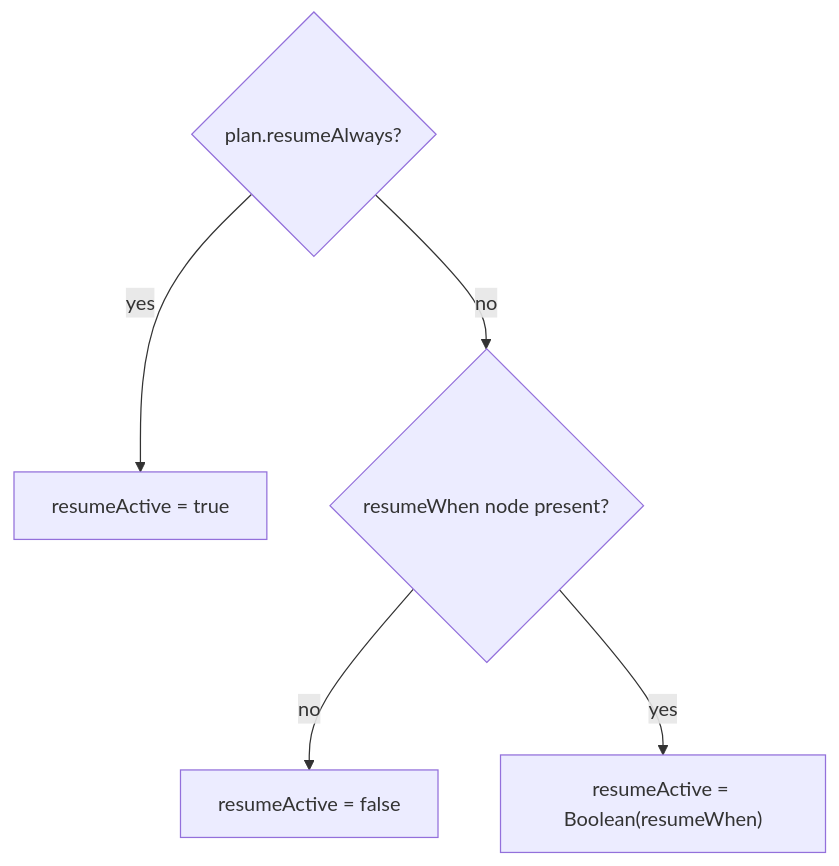
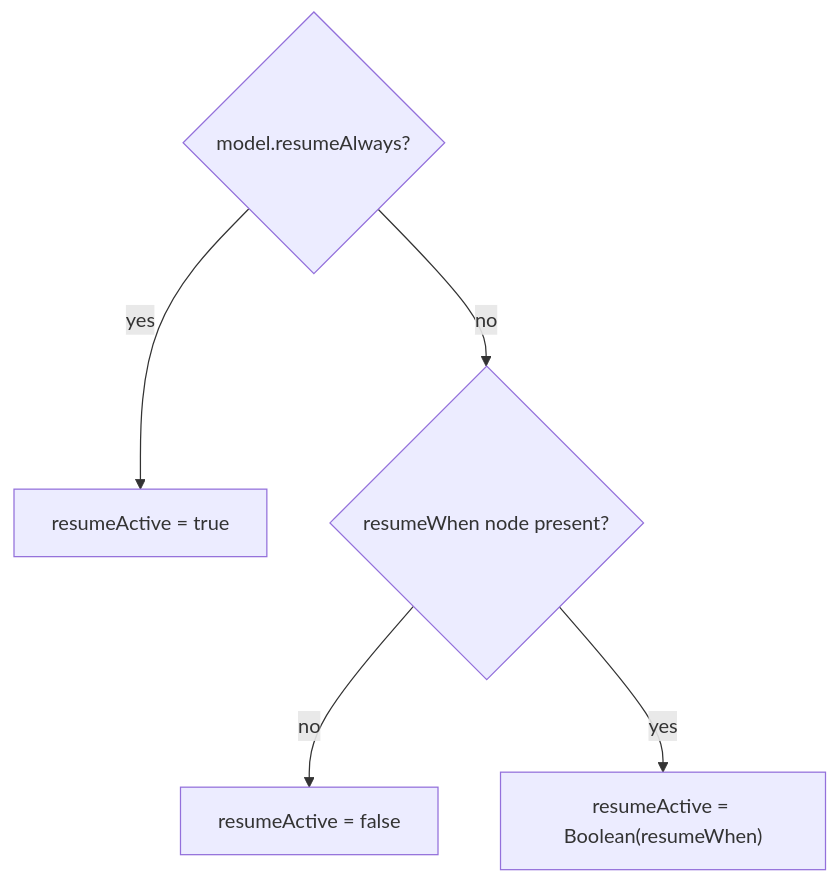
The sixth of 6 diagrams in packages/forge-core/src/engine/concerns/reachability/lowering/README.md (ministryofjustice/hmpps-forge), drawn with Mermaid before and after one commit. The commit also changed other lines of this file and 24 other files, not shown here.

````diff
--- a/packages/forge-core/src/engine/concerns/reachability/lowering/README.md
+++ b/packages/forge-core/src/engine/concerns/reachability/lowering/README.md
@@ -123,8 +123,8 @@
 ```mermaid
 flowchart TD
-  q1{"plan.resumeAlways?"}
+  q1{"model.resumeAlways?"}
   q1 -->|yes| t["resumeActive = true"]
   q1 -->|no| q2{"resumeWhen node present?"}
   q2 -->|no| f["resumeActive = false"]
   q2 -->|yes| e["resumeActive = Boolean(resumeWhen)"]
 ```
````
